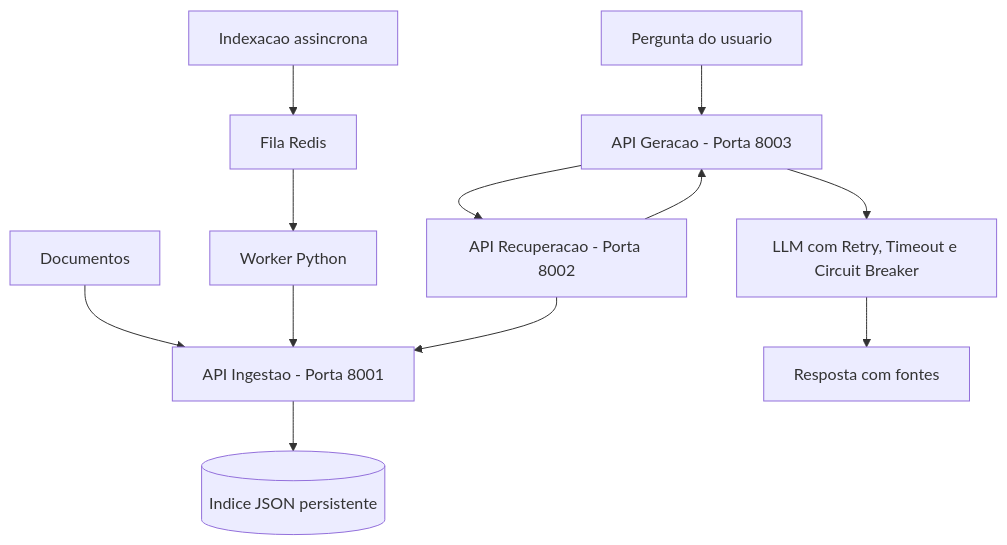
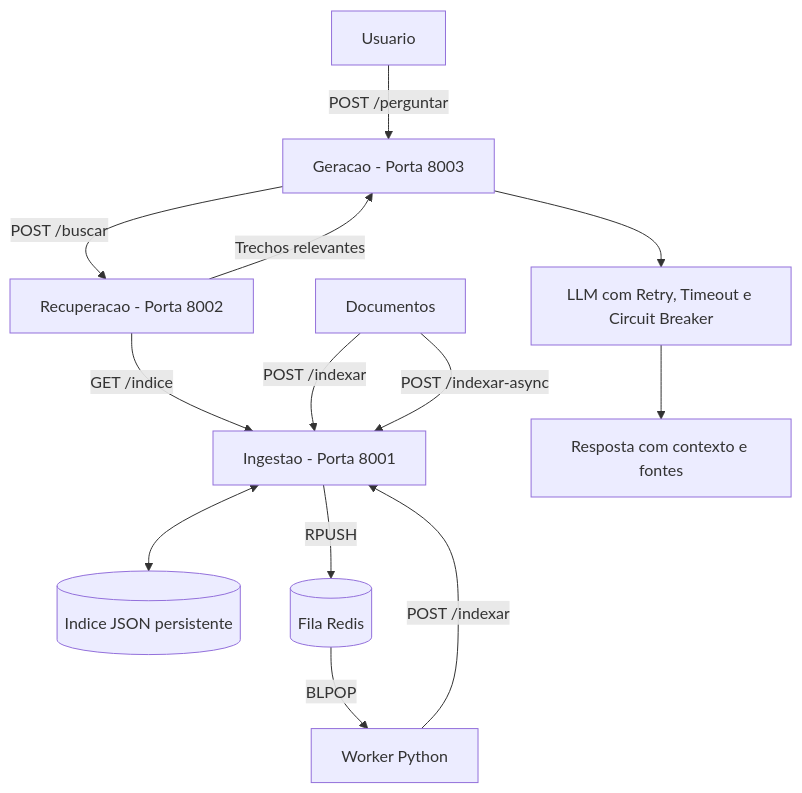
Before and after one commit to Julianaseith/sd-2026-2-kit-c2a2: the diagram in README.md, drawn with Mermaid. The commit also changed other lines of this file, not shown here.

Commit message:
Finaliza README com arquitetura e testes validados

````diff
--- a/README.md
+++ b/README.md
@@ -142,16 +30,16 @@
 ```mermaid
 flowchart TD
-    A[Documentos] --> B[API Ingestao - Porta 8001]
-    B --> C[(Indice JSON persistente)]
+    U[Usuario] -->|POST /perguntar| G[Geracao - Porta 8003]
+    G -->|POST /buscar| R[Recuperacao - Porta 8002]
+    R -->|GET /indice| I[Ingestao - Porta 8001]
+    I <--> V[(Indice JSON persistente)]
+    R -->|Trechos relevantes| G
+    G --> L[LLM com Retry, Timeout e Circuit Breaker]
+    L --> A[Resposta com contexto e fontes]
 
-    D[Indexacao assincrona] --> E[Fila Redis]
-    E --> F[Worker Python]
-    F --> B
-
-    G[Pergunta do usuario] --> H[API Geracao - Porta 8003]
-    H --> I[API Recuperacao - Porta 8002]
-    I --> B
-    I --> H
-    H --> J[LLM com Retry, Timeout e Circuit Breaker]
-    J --> K[Resposta com fontes]
+    D[Documentos] -->|POST /indexar| I
+    D -->|POST /indexar-async| I
+    I -->|RPUSH| Q[(Fila Redis)]
+    Q -->|BLPOP| W[Worker Python]
+    W -->|POST /indexar| I
 ```
````
